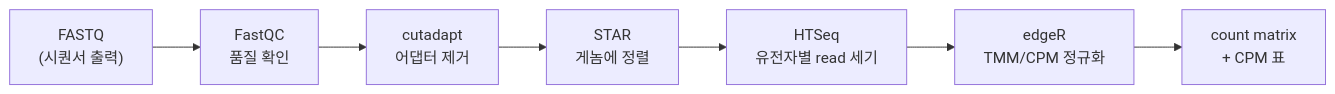
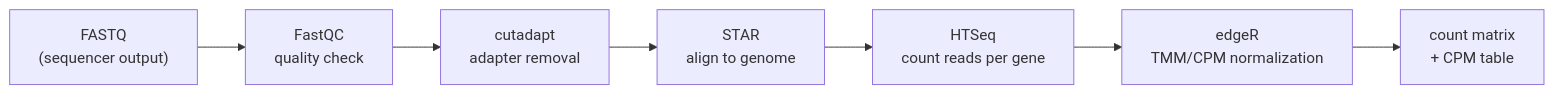
The diagram in README.md (YuHwanYuHwan/BulkRNAseq_Pipeline), drawn with Mermaid before and after one commit. The commit also changed other lines of this file and 4 other files, not shown here.

````diff
--- a/README.md
+++ b/README.md
@@ -9,9 +9,9 @@
 ```mermaid
 flowchart LR
-    A["FASTQ<br/>(시퀀서 출력)"] --> B["FastQC<br/>품질 확인"]
-    B --> C["cutadapt<br/>어댑터 제거"]
-    C --> D["STAR<br/>게놈에 정렬"]
-    D --> E["HTSeq<br/>유전자별 read 세기"]
-    E --> F["edgeR<br/>TMM/CPM 정규화"]
-    F --> G["count matrix<br/>+ CPM 표"]
+    A["FASTQ<br/>(sequencer output)"] --> B["FastQC<br/>quality check"]
+    B --> C["cutadapt<br/>adapter removal"]
+    C --> D["STAR<br/>align to genome"]
+    D --> E["HTSeq<br/>count reads per gene"]
+    E --> F["edgeR<br/>TMM/CPM normalization"]
+    F --> G["count matrix<br/>+ CPM table"]
 ```
````
